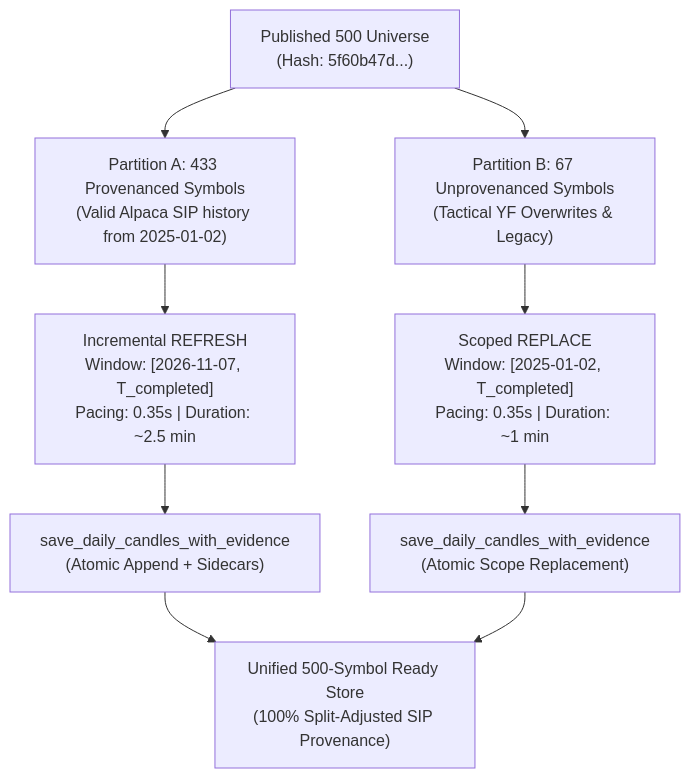
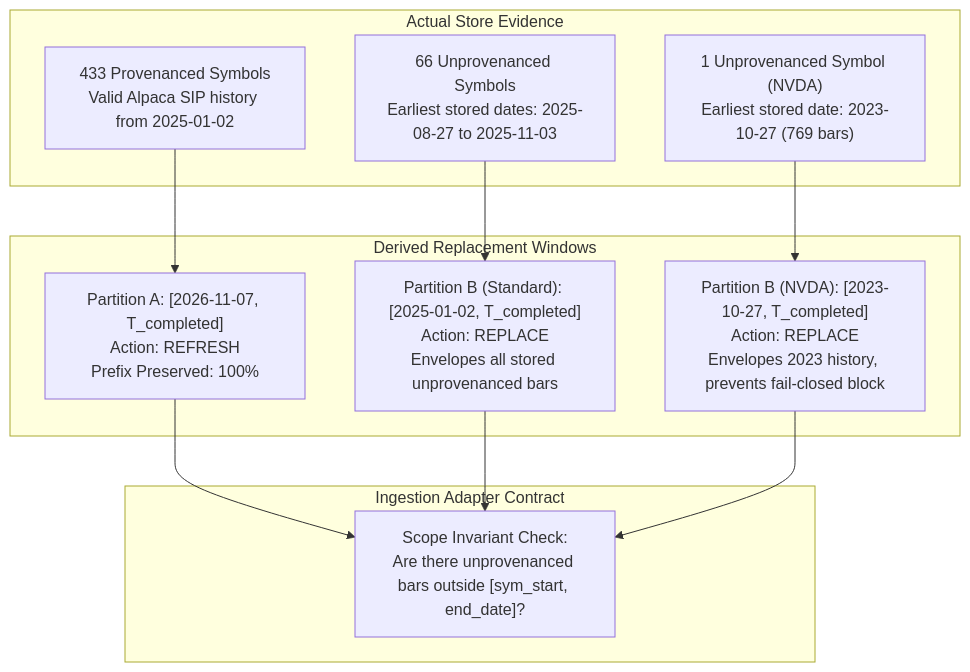
One commit to daakara/finance changed the diagram in docs/research/RADAR_500_MARKET_DATA_REFRESH_PLAN_166.md. Above: the diagram before and after it, drawn with Mermaid. The commit also changed other lines of this file and 2 other files, not shown here.

Commit message:
docs(radar): correct 500-universe refresh plan, runtime path resolution, and recurrence prevention (#166)

````diff
--- a/docs/research/RADAR_500_MARKET_DATA_REFRESH_PLAN_166.md
+++ b/docs/research/RADAR_500_MARKET_DATA_REFRESH_PLAN_166.md
@@ -81,14 +102,25 @@
 ```mermaid
 flowchart TD
-    Universe["Published 500 Universe<br/>(Hash: 5f60b47d...)"] --> PartA["Partition A: 433 Provenanced Symbols<br/>(Valid Alpaca SIP history from 2025-01-02)"]
-    Universe --> PartB["Partition B: 67 Unprovenanced Symbols<br/>(Tactical YF Overwrites & Legacy)"]
+    subgraph Evidence["Actual Store Evidence"]
+        Prov433["433 Provenanced Symbols<br/>Valid Alpaca SIP history from 2025-01-02"]
+        Unprov66["66 Unprovenanced Symbols<br/>Earliest stored dates: 2025-08-27 to 2025-11-03"]
+        UnprovNVDA["1 Unprovenanced Symbol (NVDA)<br/>Earliest stored date: 2023-10-27 (769 bars)"]
+    end
     
-    PartA --> ModeA["Incremental REFRESH<br/>Window: [2026-11-07, T_completed]<br/>Pacing: 0.35s | Duration: ~2.5 min"]
-    PartB --> ModeB["Scoped REPLACE<br/>Window: [2025-01-02, T_completed]<br/>Pacing: 0.35s | Duration: ~1 min"]
+    subgraph AdapterContract["Ingestion Adapter Contract"]
+        ScopeCheck["Scope Invariant Check:<br/>Are there unprovenanced bars outside [sym_start, end_date]?"]
+    end
     
-    ModeA --> AtomicA["save_daily_candles_with_evidence<br/>(Atomic Append + Sidecars)"]
-    ModeB --> AtomicB["save_daily_candles_with_evidence<br/>(Atomic Scope Replacement)"]
+    subgraph DerivedWindows["Derived Replacement Windows"]
+        WinA["Partition A: [2026-11-07, T_completed]<br/>Action: REFRESH<br/>Prefix Preserved: 100%"]
+        WinB["Partition B (Standard): [2025-01-02, T_completed]<br/>Action: REPLACE<br/>Envelopes all stored unprovenanced bars"]
+        WinNVDA["Partition B (NVDA): [2023-10-27, T_completed]<br/>Action: REPLACE<br/>Envelopes 2023 history, prevents fail-closed block"]
+    end
     
-    AtomicA --> Output["Unified 500-Symbol Ready Store<br/>(100% Split-Adjusted SIP Provenance)"]
-    AtomicB --> Output
+    Prov433 --> WinA
+    Unprov66 --> WinB
+    UnprovNVDA --> WinNVDA
+    WinA --> ScopeCheck
+    WinB --> ScopeCheck
+    WinNVDA --> ScopeCheck
 ```
````
